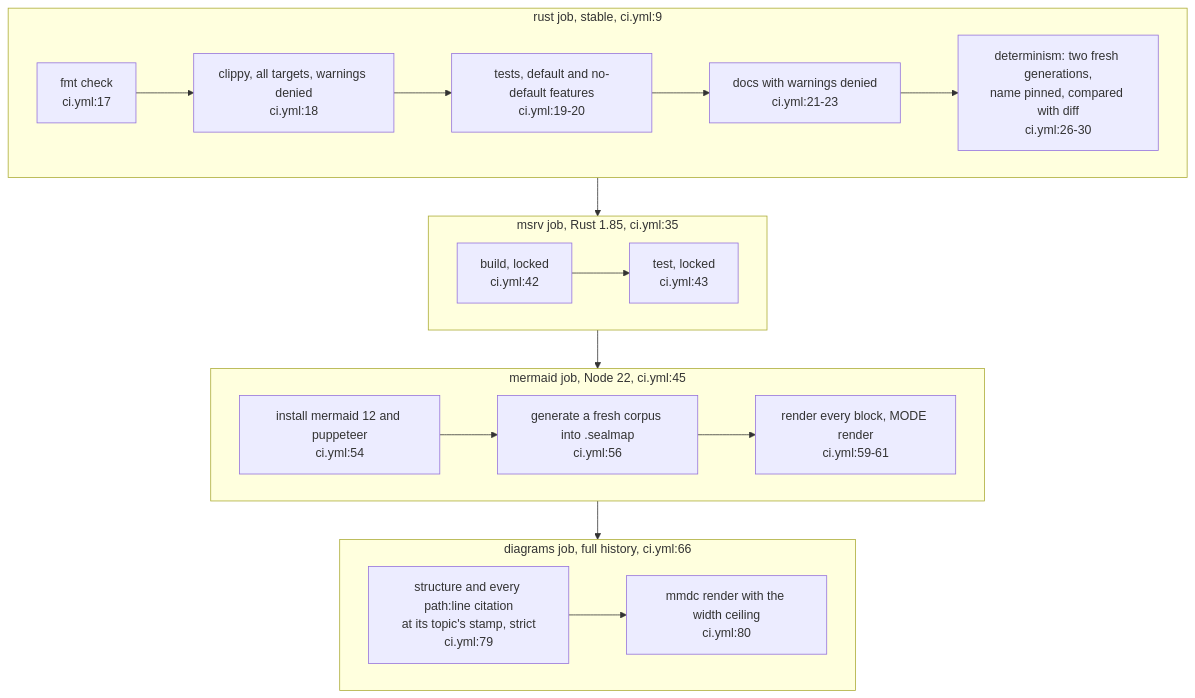
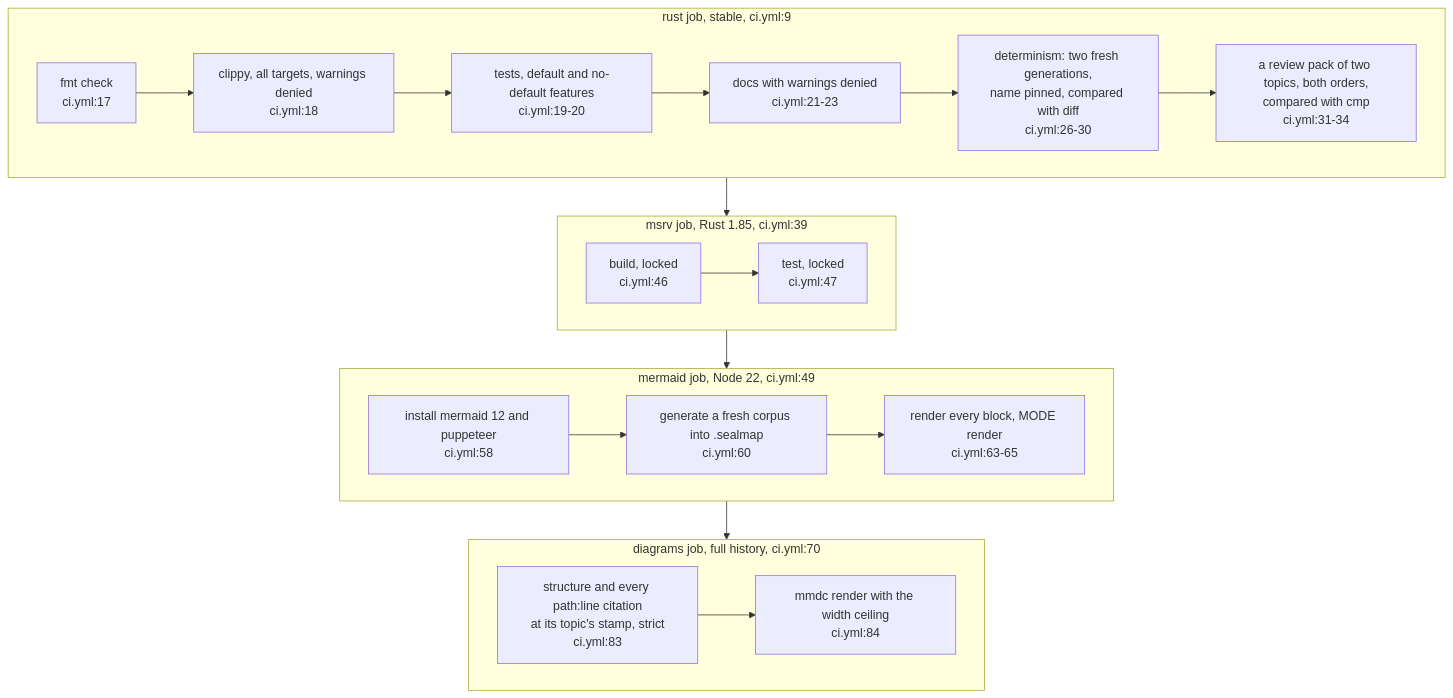
One commit to DreamLab-AI/codemaid changed the first of 5 diagrams in docs/diagrams/delivery/01-ci-msrv-and-determinism.md. Above: the diagram before and after it, drawn with Mermaid. The commit also changed other lines of this file and 23 other files, not shown here.

````diff
--- a/docs/diagrams/delivery/01-ci-msrv-and-determinism.md
+++ b/docs/diagrams/delivery/01-ci-msrv-and-determinism.md
@@ -58,28 +58,29 @@
 ```mermaid
 flowchart TB
     subgraph RUST["rust job, stable, ci.yml:9"]
         R1["fmt check<br/>ci.yml:17"]
         R2["clippy, all targets, warnings denied<br/>ci.yml:18"]
         R3["tests, default and no-default features<br/>ci.yml:19-20"]
         R4["docs with warnings denied<br/>ci.yml:21-23"]
         R5["determinism: two fresh generations,<br/>name pinned, compared with diff<br/>ci.yml:26-30"]
-        R1 --> R2 --> R3 --> R4 --> R5
+        R6["a review pack of two topics, both orders,<br/>compared with cmp<br/>ci.yml:31-34"]
+        R1 --> R2 --> R3 --> R4 --> R5 --> R6
     end
-    subgraph MSRV["msrv job, Rust 1.85, ci.yml:35"]
-        M1["build, locked<br/>ci.yml:42"]
-        M2["test, locked<br/>ci.yml:43"]
+    subgraph MSRV["msrv job, Rust 1.85, ci.yml:39"]
+        M1["build, locked<br/>ci.yml:46"]
+        M2["test, locked<br/>ci.yml:47"]
         M1 --> M2
     end
-    subgraph MER["mermaid job, Node 22, ci.yml:45"]
-        X1["install mermaid 12 and puppeteer<br/>ci.yml:54"]
-        X2["generate a fresh corpus into .sealmap<br/>ci.yml:56"]
-        X3["render every block, MODE render<br/>ci.yml:59-61"]
+    subgraph MER["mermaid job, Node 22, ci.yml:49"]
+        X1["install mermaid 12 and puppeteer<br/>ci.yml:58"]
+        X2["generate a fresh corpus into .sealmap<br/>ci.yml:60"]
+        X3["render every block, MODE render<br/>ci.yml:63-65"]
         X1 --> X2 --> X3
     end
-    subgraph DIA["diagrams job, full history, ci.yml:66"]
-        D1["structure and every path:line citation<br/>at its topic's stamp, strict<br/>ci.yml:79"]
-        D2["mmdc render with the width ceiling<br/>ci.yml:80"]
+    subgraph DIA["diagrams job, full history, ci.yml:70"]
+        D1["structure and every path:line citation<br/>at its topic's stamp, strict<br/>ci.yml:83"]
+        D2["mmdc render with the width ceiling<br/>ci.yml:84"]
         D1 --> D2
     end
     RUST --> MSRV --> MER --> DIA
 ```
````
